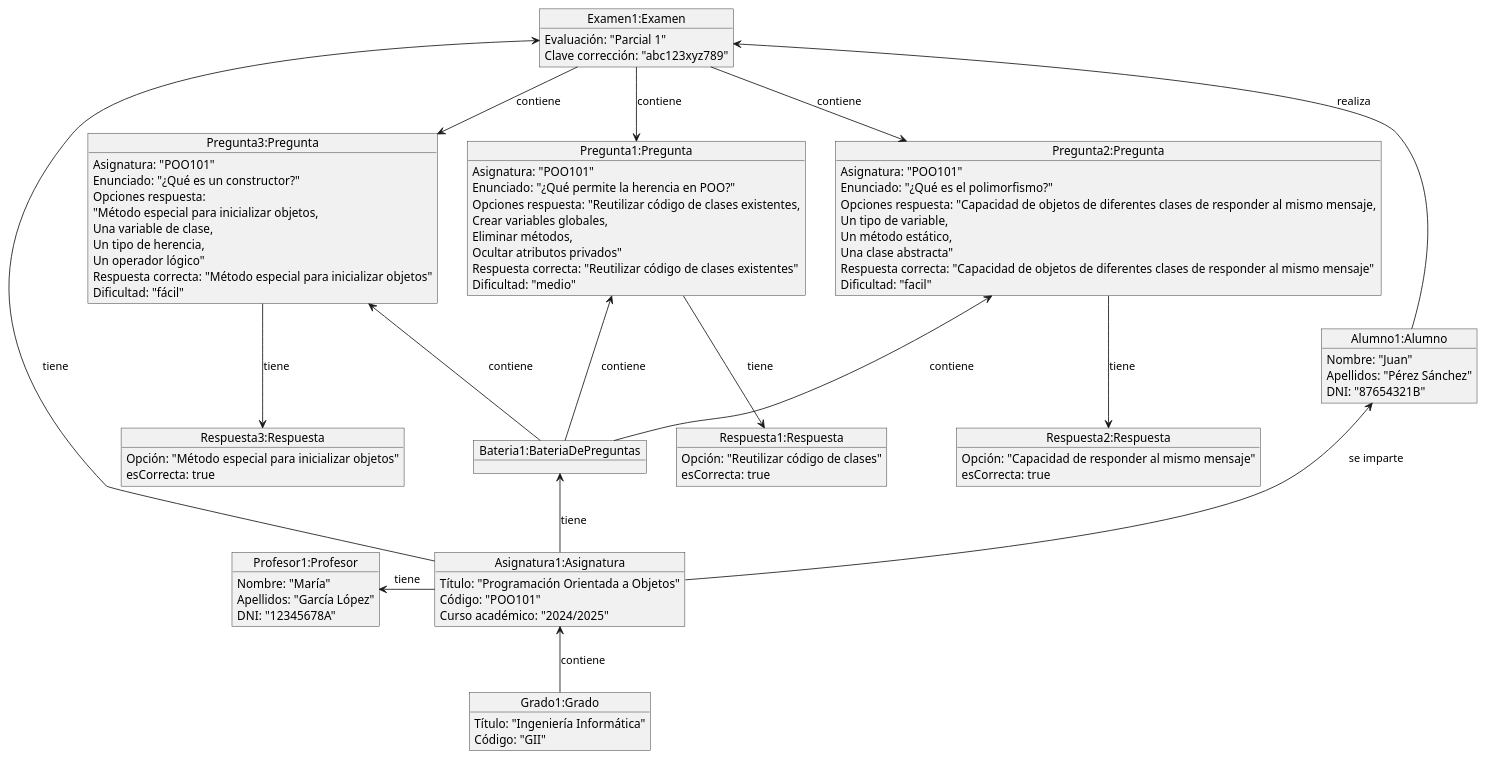
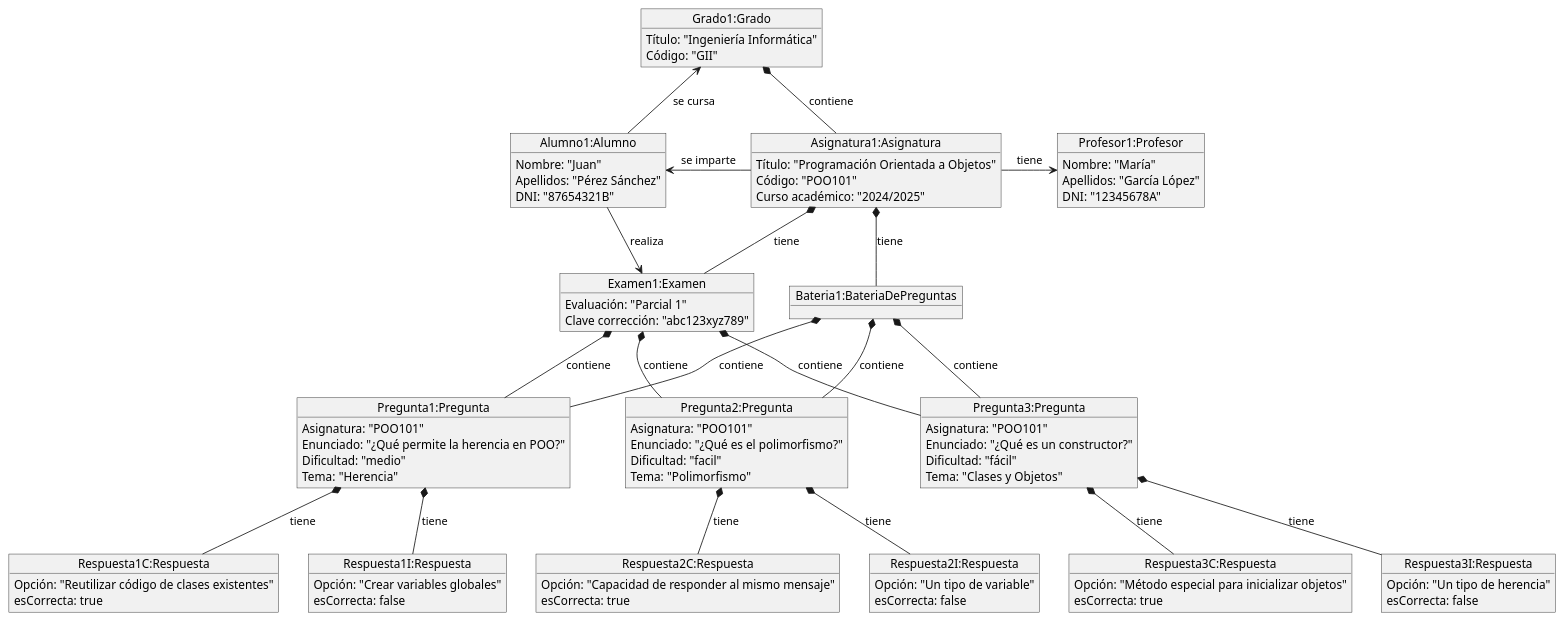
The diagram in documents/modelos/diagramas/diagramaObjetos/diagramaObjetos.puml (martinlopez7/25-26-IdSw1-SdR), drawn with PlantUML before and after one commit.

Commit message:
fix(mdd): Corrige jerarquía y añade objeto grado al diagrama de objetos [refs #41]

```diff
--- a/documents/modelos/diagramas/diagramaObjetos/diagramaObjetos.puml
+++ b/documents/modelos/diagramas/diagramaObjetos/diagramaObjetos.puml
@@ -1,97 +1,121 @@
 @startuml
-
-object "Examen1:Examen" as exam1 {
-  Evaluación: "Parcial 1"
-  Clave corrección: "abc123xyz789"
-}
 
 object "Grado1:Grado" as grado1 {
   Título: "Ingeniería Informática"
   Código: "GII"
 }
 
 object "Asignatura1:Asignatura" as asig1 {
   Título: "Programación Orientada a Objetos"
   Código: "POO101"
   Curso académico: "2024/2025"
 }
 
+object "Alumno1:Alumno" as alum1 {
+  Nombre: "Juan"
+  Apellidos: "Pérez Sánchez"
+  DNI: "87654321B"
+}
+
 object "Profesor1:Profesor" as prof1 {
   Nombre: "María"
   Apellidos: "García López"
   DNI: "12345678A"
 }
 
-object "Alumno1:Alumno" as alum1 {
-  Nombre: "Juan"
-  Apellidos: "Pérez Sánchez"
-  DNI: "87654321B"
+object "Examen1:Examen" as exam1 {
+  Evaluación: "Parcial 1"
+  Clave corrección: "abc123xyz789"
 }
 
 object "Bateria1:BateriaDePreguntas" as bateria1 {
 }
 
 object "Pregunta1:Pregunta" as preg1 {
   Asignatura: "POO101"
   Enunciado: "¿Qué permite la herencia en POO?"
-  Opciones respuesta: "Reutilizar código de clases existentes,\nCrear variables globales,\nEliminar métodos,\nOcultar atributos privados"
-  Respuesta correcta: "Reutilizar código de clases existentes"
   Dificultad: "medio"
+  Tema: "Herencia"
 }
 
 object "Pregunta2:Pregunta" as preg2 {
   Asignatura: "POO101"
   Enunciado: "¿Qué es el polimorfismo?"
-  Opciones respuesta: "Capacidad de objetos de diferentes clases de responder al mismo mensaje,\nUn tipo de variable,\nUn método estático,\nUna clase abstracta"
-  Respuesta correcta: "Capacidad de objetos de diferentes clases de responder al mismo mensaje"
   Dificultad: "facil"
+  Tema: "Polimorfismo"
 }
 
 object "Pregunta3:Pregunta" as preg3 {
   Asignatura: "POO101"
   Enunciado: "¿Qué es un constructor?"
-  Opciones respuesta: 
-"Método especial para inicializar objetos,
-Una variable de clase,
-Un tipo de herencia,
-Un operador lógico"
-  Respuesta correcta: "Método especial para inicializar objetos"
   Dificultad: "fácil"
+  Tema: "Clases y Objetos"
 }
 
-object "Respuesta1:Respuesta" as resp1 {
-  Opción: "Reutilizar código de clases"
+object "Respuesta1C:Respuesta" as resp1C {
+  Opción: "Reutilizar código de clases existentes"
   esCorrecta: true
 }
-
-object "Respuesta2:Respuesta" as resp2 {
+object "Respuesta1I:Respuesta" as resp1I {
+  Opción: "Crear variables globales"
+  esCorrecta: false
+}
+object "Respuesta2C:Respuesta" as resp2C {
   Opción: "Capacidad de responder al mismo mensaje"
   esCorrecta: true
 }
-
-object "Respuesta3:Respuesta" as resp3 {
+object "Respuesta2I:Respuesta" as resp2I {
+  Opción: "Un tipo de variable"
+  esCorrecta: false
+}
+object "Respuesta3C:Respuesta" as resp3C {
   Opción: "Método especial para inicializar objetos"
   esCorrecta: true
 }
+object "Respuesta3I:Respuesta" as resp3I {
+  Opción: "Un tipo de herencia"
+  esCorrecta: false
+}
 
-grado1 -u-> asig1 : contiene
-asig1 -u-> alum1 : se imparte
-asig1 -l-> prof1 : tiene
-asig1 -u-> exam1 : tiene
-asig1 -u-> bateria1 : tiene
 
-alum1 -u-> exam1 : realiza
+grado1 *-- asig1 : contiene
 
-bateria1 -u-> preg1 : contiene
-bateria1 -u-> preg2 : contiene
-bateria1 -u-> preg3 : contiene
+asig1 *-- exam1 : tiene
+asig1 *-- bateria1 : tiene
 
-exam1 -d-> preg1 : contiene
-exam1 -d-> preg2 : contiene
-exam1 -d-> preg3 : contiene
+exam1 *-- preg1 : contiene
+exam1 *-- preg2 : contiene
+exam1 *-- preg3 : contiene
 
-preg1 -d-> resp1 : tiene
-preg2 -d-> resp2 : tiene
-preg3 -d-> resp3 : tiene
+bateria1 *-- preg1 : contiene
+bateria1 *-- preg2 : contiene
+bateria1 *-- preg3 : contiene
+
+preg1 *-- resp1C : tiene
+preg1 *-- resp1I : tiene
+
+preg2 *-- resp2C : tiene
+preg2 *-- resp2I : tiene
+
+preg3 *-- resp3C : tiene
+preg3 *-- resp3I : tiene
+
+
+preg1 -[hidden]right-> preg2
+preg2 -[hidden]right-> preg3
+
+exam1 -[hidden]right-> bateria1
+
+alum1 -u-> grado1 : se cursa
+asig1 -left-> alum1 : se imparte
+asig1 -right-> prof1 : tiene
+alum1 -d-> exam1 : realiza
+
+preg1 -[hidden]down-> resp1C
+preg2 -[hidden]down-> resp2C
+preg3 -[hidden]down-> resp3C
+resp1C -[hidden]right-> resp1I
+resp2C -[hidden]right-> resp2I
+resp3C -[hidden]right-> resp3I
 
 @enduml
```
